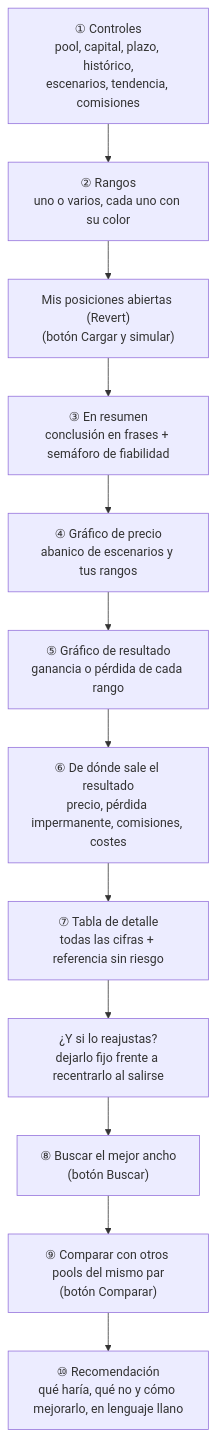
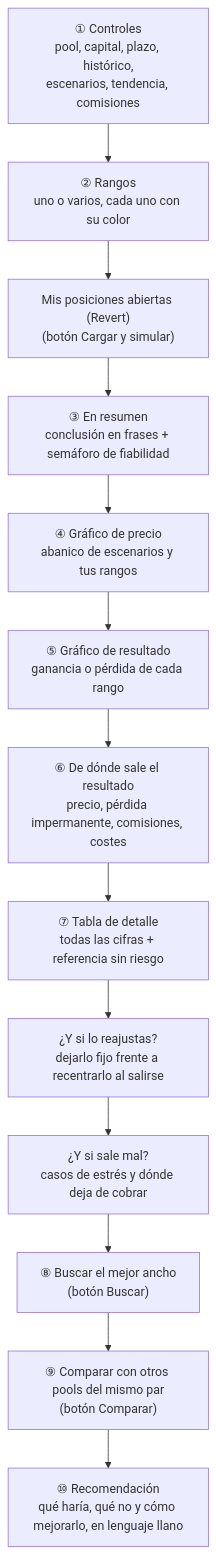
Before and after one commit to Caiico1/etapas-weinstein: the first of 7 diagrams in Guia Simulador.md, drawn with Mermaid. The commit also changed other lines of this file and 4 other files, not shown here.

Commit message:
Simulador: casos de estrés (¿y si sale mal?) y precio de salida en la Recomendación

````diff
--- a/Guia Simulador.md
+++ b/Guia Simulador.md
@@ -58,14 +58,15 @@
 ```mermaid
 flowchart TB
     A["① Controles<br/>pool, capital, plazo, histórico,<br/>escenarios, tendencia, comisiones"] --> B["② Rangos<br/>uno o varios, cada uno con su color"]
     B --> M["Mis posiciones abiertas (Revert)<br/>(botón Cargar y simular)"]
     M --> R["③ En resumen<br/>conclusión en frases + semáforo de fiabilidad"]
     R --> C["④ Gráfico de precio<br/>abanico de escenarios y tus rangos"]
     C --> D["⑤ Gráfico de resultado<br/>ganancia o pérdida de cada rango"]
     D --> G["⑥ De dónde sale el resultado<br/>precio, pérdida impermanente, comisiones, costes"]
     G --> E["⑦ Tabla de detalle<br/>todas las cifras + referencia sin riesgo"]
     E --> RJ["¿Y si lo reajustas?<br/>dejarlo fijo frente a recentrarlo al salirse"]
-    RJ --> O["⑧ Buscar el mejor ancho<br/>(botón Buscar)"]
+    RJ --> ES["¿Y si sale mal?<br/>casos de estrés y dónde deja de cobrar"]
+    ES --> O["⑧ Buscar el mejor ancho<br/>(botón Buscar)"]
     O --> P["⑨ Comparar con otros pools del mismo par<br/>(botón Comparar)"]
     P --> Q["⑩ Recomendación<br/>qué haría, qué no y cómo mejorarlo, en lenguaje llano"]
 ```
````
